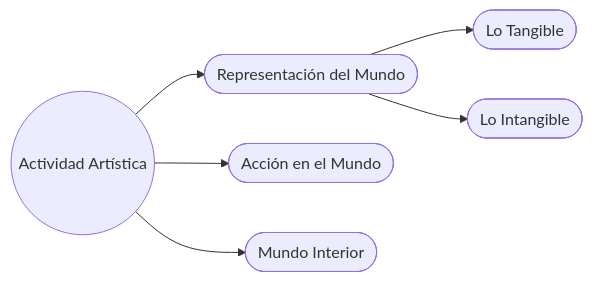
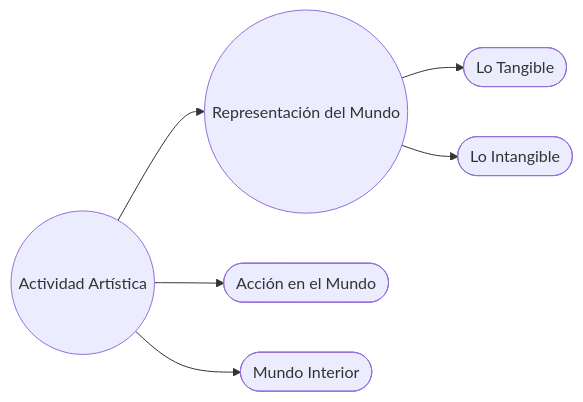
One commit to EGGS-Artesvisuales/EGGS-Artesvisuales.github.io changed the first of 3 diagrams in ES/mundo-exterior.md. Above: the diagram before and after it, drawn with Mermaid. The commit also changed other lines of this file, not shown here.

```diff
--- a/ES/mundo-exterior.md
+++ b/ES/mundo-exterior.md
@@ -16,21 +16,21 @@
 <div class="mermaid">
 flowchart LR
   principal((Actividad Artística))
-  representacion(["Representación del Mundo"])
+  representacion(("Representación del Mundo"))
   accion(["Acción en el Mundo"])
   interior(["Mundo Interior"])
 
   principal --> representacion
   principal --> accion
   principal --> interior
 
   representacion --> tangible(["Lo Tangible"])
   representacion --> intangible(["Lo Intangible"])
 
   click principal "/ES/index.html" "Ir al Inicio"
   click representacion "/ES/mundo-exterior.html" "Ir a Representación del Mundo"
   click tangible "/ES/tangible.html" "Ir a Lo Tangible"
   click intangible "/ES/intangible.html" "Ir a Lo Intangible"
   click accion "/ES/accion.html" "Ir a Acción en el Mundo"
   click interior "/ES/interior.html" "Ir a Mundo Interior"
 </div>
```
